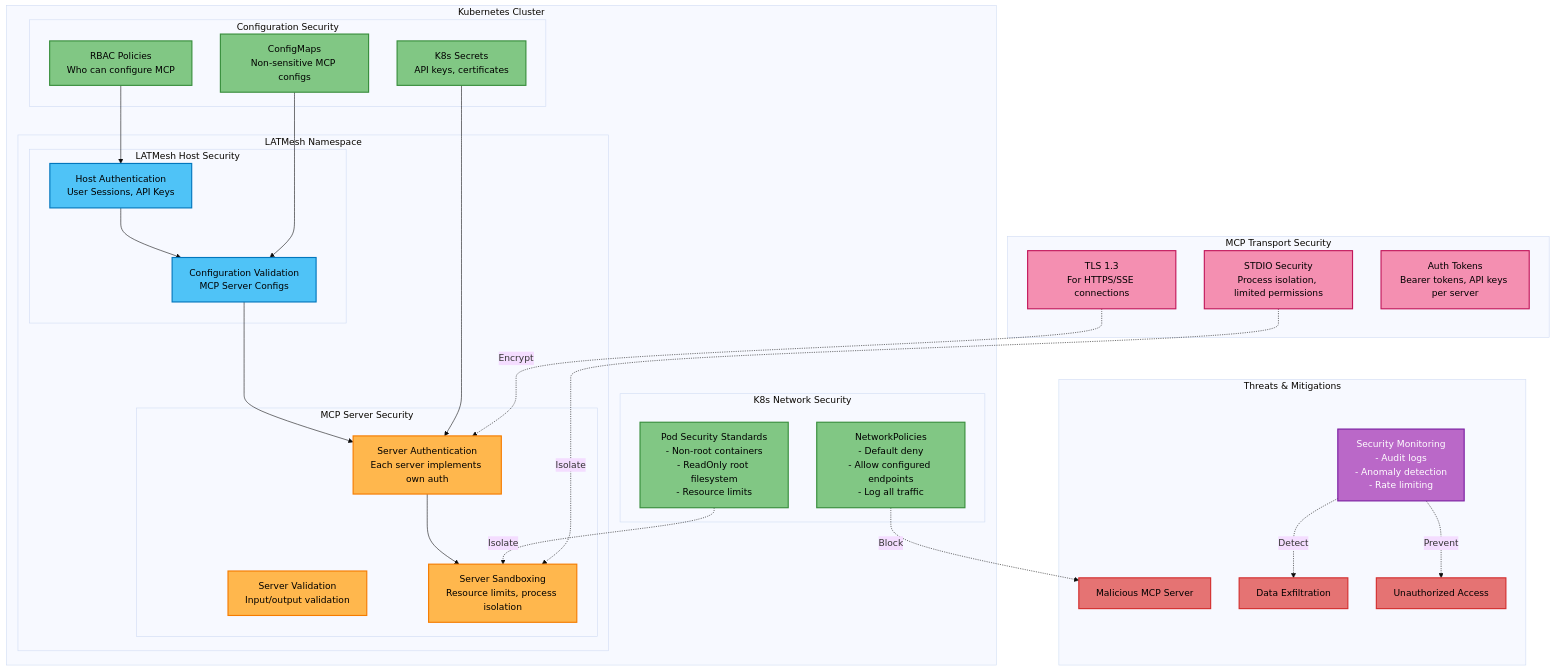
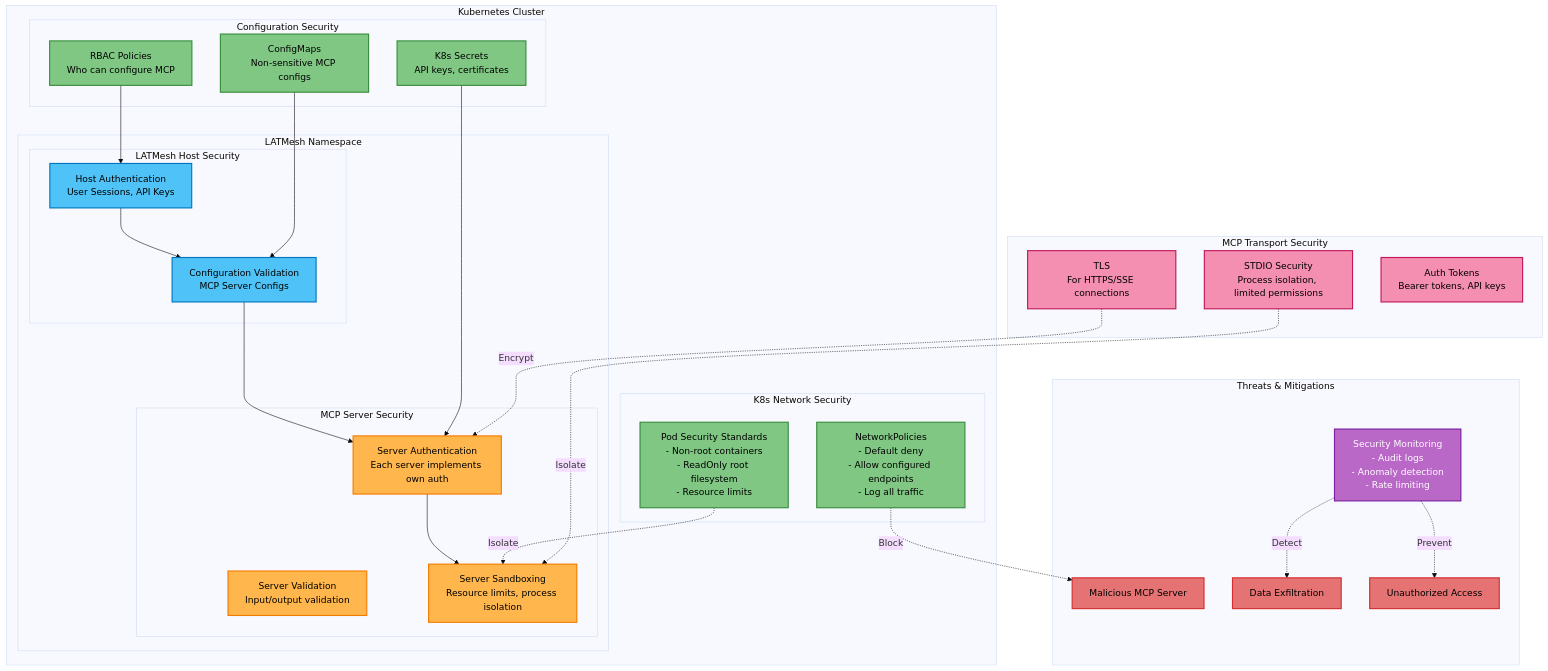
Before and after one commit to HewlettPackard/llmesh: the diagram in docs/design/mcp_layer/security.mmd, drawn with Mermaid (base theme).

Commit message:
Update wording for security mmd

```diff
--- a/docs/design/mcp_layer/security.mmd
+++ b/docs/design/mcp_layer/security.mmd
@@ -1,76 +1,76 @@
 graph TB
     subgraph "Kubernetes Cluster"
         subgraph "LATMesh Namespace"
             subgraph "LATMesh Host Security"
                 HostAuth[Host Authentication<br/>User Sessions, API Keys]
                 ConfigVal[Configuration Validation<br/>MCP Server Configs]
             end
             
             subgraph "MCP Server Security"
                 ServerAuth[Server Authentication<br/>Each server implements own auth]
                 ServerVal[Server Validation<br/>Input/output validation]
                 ServerSandbox[Server Sandboxing<br/>Resource limits, process isolation]
             end
         end
         
         subgraph "K8s Network Security"
             NetPol[NetworkPolicies<br/>- Default deny<br/>- Allow configured endpoints<br/>- Log all traffic]
             PodSec[Pod Security Standards<br/>- Non-root containers<br/>- ReadOnly root filesystem<br/>- Resource limits]
         end
         
         subgraph "Configuration Security"
             Secrets[K8s Secrets<br/>API keys, certificates]
             ConfigMaps[ConfigMaps<br/>Non-sensitive MCP configs]
             RBAC[RBAC Policies<br/>Who can configure MCP]
         end
     end
 
     subgraph "MCP Transport Security"
-        TLSConn[TLS 1.3<br/>For HTTPS/SSE connections]
+        TLSConn[TLS<br/>For HTTPS/SSE connections]
         StdioSec[STDIO Security<br/>Process isolation, limited permissions]
-        AuthTokens[Auth Tokens<br/>Bearer tokens, API keys per server]
+        AuthTokens[Auth Tokens<br/>Bearer tokens, API keys]
     end
 
     subgraph "Threats & Mitigations"
         MaliciousServer[Malicious MCP Server]
         DataExfil[Data Exfiltration]
         UnauthorizedAccess[Unauthorized Access]
         
         Monitoring[Security Monitoring<br/>- Audit logs<br/>- Anomaly detection<br/>- Rate limiting]
     end
 
     %% Security Flow
     HostAuth --> ConfigVal
     ConfigVal --> ServerAuth
     ServerAuth --> ServerSandbox
     
     %% Network Security
     NetPol -.->|Block| MaliciousServer
     PodSec -.->|Isolate| ServerSandbox
     
     %% Configuration Security
     Secrets --> ServerAuth
     ConfigMaps --> ConfigVal
     RBAC --> HostAuth
     
     %% Transport Security
     TLSConn -.->|Encrypt| ServerAuth
     StdioSec -.->|Isolate| ServerSandbox
     
     %% Monitoring
     Monitoring -.->|Detect| DataExfil
     Monitoring -.->|Prevent| UnauthorizedAccess
 
     classDef host fill:#4fc3f7,stroke:#0277bd,stroke-width:2px,color:#000
     classDef server fill:#ffb74d,stroke:#f57c00,stroke-width:2px,color:#000
     classDef k8s fill:#81c784,stroke:#388e3c,stroke-width:2px,color:#000
     classDef transport fill:#f48fb1,stroke:#c2185b,stroke-width:2px,color:#000
     classDef threat fill:#e57373,stroke:#d32f2f,stroke-width:2px,color:#000
     classDef monitor fill:#ba68c8,stroke:#7b1fa2,stroke-width:2px,color:#fff
 
     class HostAuth,ConfigVal host
     class ServerAuth,ServerVal,ServerSandbox server
     class NetPol,PodSec,Secrets,ConfigMaps,RBAC k8s
     class TLSConn,StdioSec,AuthTokens transport
     class MaliciousServer,DataExfil,UnauthorizedAccess threat
     class Monitoring monitor
```
